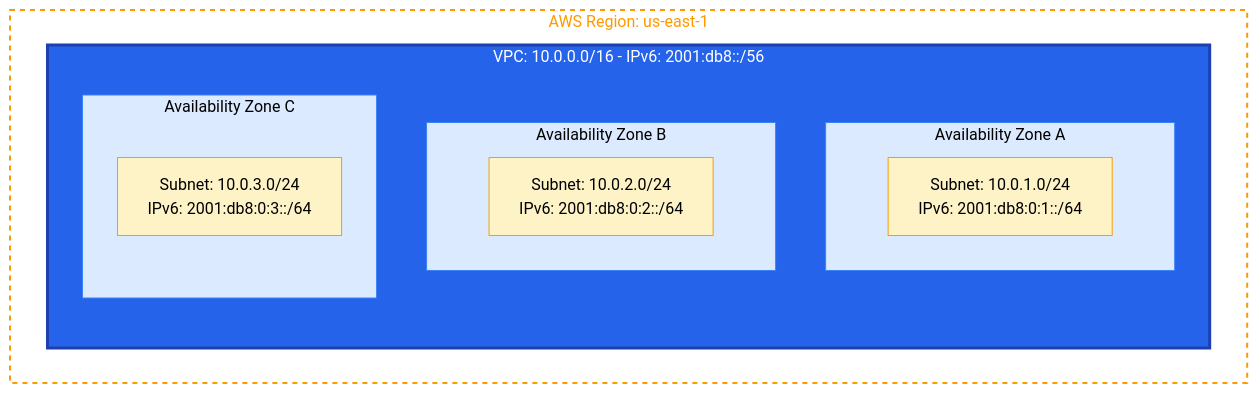
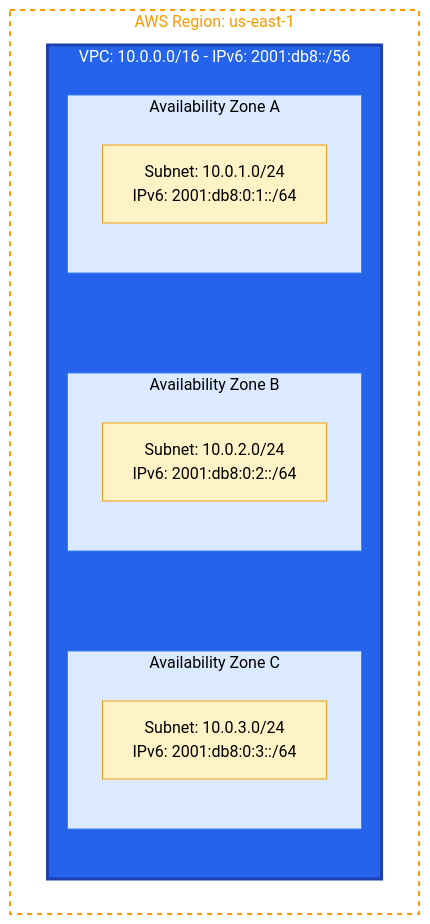
The diagram in content/foundation/vpc.md (aws/aws-networking-best-practices), drawn with Mermaid before and after one commit.

Commit message:
Fix AZ box height consistency in VPC diagram
Added invisible connections between subnets to force Mermaid to render all AZ boxes with consistent height.

````diff
--- a/content/foundation/vpc.md
+++ b/content/foundation/vpc.md
@@ -5,25 +5,27 @@
 ``` mermaid
 graph TB
     subgraph AWS["AWS Region: us-east-1"]
         subgraph VPC["VPC: 10.0.0.0/16 - IPv6: 2001:db8::/56"]
             subgraph AZ1["Availability Zone A"]
                 Subnet1["Subnet: 10.0.1.0/24<br/>IPv6: 2001:db8:0:1::/64"]
             end
             subgraph AZ2["Availability Zone B"]
                 Subnet2["Subnet: 10.0.2.0/24<br/>IPv6: 2001:db8:0:2::/64"]
             end
             subgraph AZ3["Availability Zone C"]
                 Subnet3["Subnet: 10.0.3.0/24<br/>IPv6: 2001:db8:0:3::/64"]
             end
         end
     end
     
+    Subnet1 ~~~ Subnet2 ~~~ Subnet3
+    
     style AWS fill:none,stroke:#ff9900,stroke-width:2px,stroke-dasharray:5 5,color:#ff9900
     style VPC fill:#2563eb,stroke:#1e40af,stroke-width:3px,color:#fff
     style AZ1 fill:#dbeafe,stroke:#3b82f6,color:#000
     style AZ2 fill:#dbeafe,stroke:#3b82f6,color:#000
     style AZ3 fill:#dbeafe,stroke:#3b82f6,color:#000
     style Subnet1 fill:#fef3c7,stroke:#f59e0b,color:#000
     style Subnet2 fill:#fef3c7,stroke:#f59e0b,color:#000
     style Subnet3 fill:#fef3c7,stroke:#f59e0b,color:#000
 ```
````
